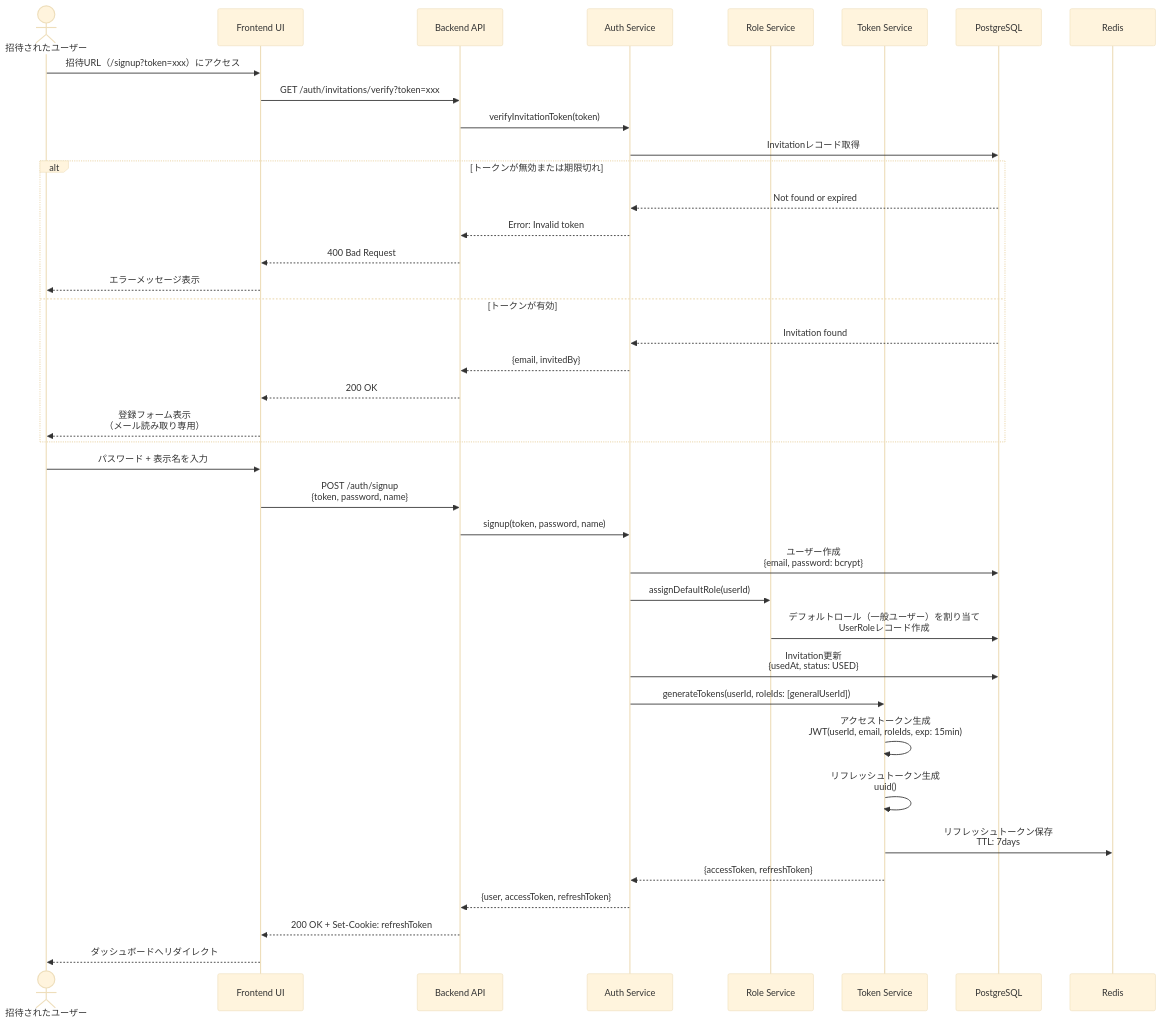
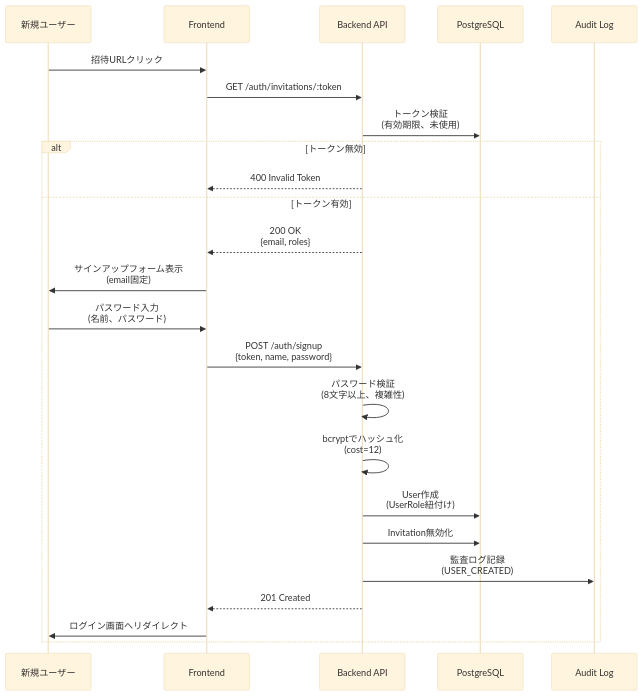
Before and after one commit to inakanou/ArchiTrack: the third of 8 diagrams in .kiro/specs/user-authentication/design.md, drawn with Mermaid (base theme). The commit also changed other lines of this file and 1 other file, not shown here.

First line of the commit message:
feat(spec): 認証・認可機能の技術設計書を生成（user-authentication）

````diff
--- a/.kiro/specs/user-authentication/design.md
+++ b/.kiro/specs/user-authentication/design.md
@@ -348,43 +244,27 @@
 ```mermaid
 sequenceDiagram
-    actor User as 招待されたユーザー
-    participant UI as Frontend UI
+    participant User as 新規ユーザー
+    participant UI as Frontend
     participant API as Backend API
-    participant AuthService as Auth Service
-    participant RoleService as Role Service
-    participant TokenService as Token Service
     participant DB as PostgreSQL
-    participant Redis as Redis
+    participant Audit as Audit Log
 
-    User->>UI: 招待URL（/signup?token=xxx）にアクセス
-    UI->>API: GET /auth/invitations/verify?token=xxx
-    API->>AuthService: verifyInvitationToken(token)
-    AuthService->>DB: Invitationレコード取得
-    alt トークンが無効または期限切れ
-        DB-->>AuthService: Not found or expired
-        AuthService-->>API: Error: Invalid token
-        API-->>UI: 400 Bad Request
-        UI-->>User: エラーメッセージ表示
-    else トークンが有効
-        DB-->>AuthService: Invitation found
-        AuthService-->>API: {email, invitedBy}
-        API-->>UI: 200 OK
-        UI-->>User: 登録フォーム表示<br/>（メール読み取り専用）
+    User->>UI: 招待URLクリック
+    UI->>API: GET /auth/invitations/:token
+    API->>DB: トークン検証<br/>(有効期限、未使用)
+    alt トークン無効
+        API-->>UI: 400 Invalid Token
+    else トークン有効
+        API-->>UI: 200 OK<br/>{email, roles}
+        UI->>User: サインアップフォーム表示<br/>(email固定)
+        User->>UI: パスワード入力<br/>(名前、パスワード)
+        UI->>API: POST /auth/signup<br/>{token, name, password}
+        API->>API: パスワード検証<br/>(8文字以上、複雑性)
+        API->>API: bcryptでハッシュ化<br/>(cost=12)
+        API->>DB: User作成<br/>(UserRole紐付け)
+        API->>DB: Invitation無効化
+        API->>Audit: 監査ログ記録<br/>(USER_CREATED)
+        API-->>UI: 201 Created
+        UI->>User: ログイン画面へリダイレクト
     end
-
-    User->>UI: パスワード + 表示名を入力
-    UI->>API: POST /auth/signup<br/>{token, password, name}
-    API->>AuthService: signup(token, password, name)
-    AuthService->>DB: ユーザー作成<br/>{email, password: bcrypt}
-    AuthService->>RoleService: assignDefaultRole(userId)
-    RoleService->>DB: デフォルトロール（一般ユーザー）を割り当て<br/>UserRoleレコード作成
-    AuthService->>DB: Invitation更新<br/>{usedAt, status: USED}
-    AuthService->>TokenService: generateTokens(userId, roleIds: [generalUserId])
-    TokenService->>TokenService: アクセストークン生成<br/>JWT(userId, email, roleIds, exp: 15min)
-    TokenService->>TokenService: リフレッシュトークン生成<br/>uuid()
-    TokenService->>Redis: リフレッシュトークン保存<br/>TTL: 7days
-    TokenService-->>AuthService: {accessToken, refreshToken}
-    AuthService-->>API: {user, accessToken, refreshToken}
-    API-->>UI: 200 OK + Set-Cookie: refreshToken
-    UI-->>User: ダッシュボードへリダイレクト
 ```
````
